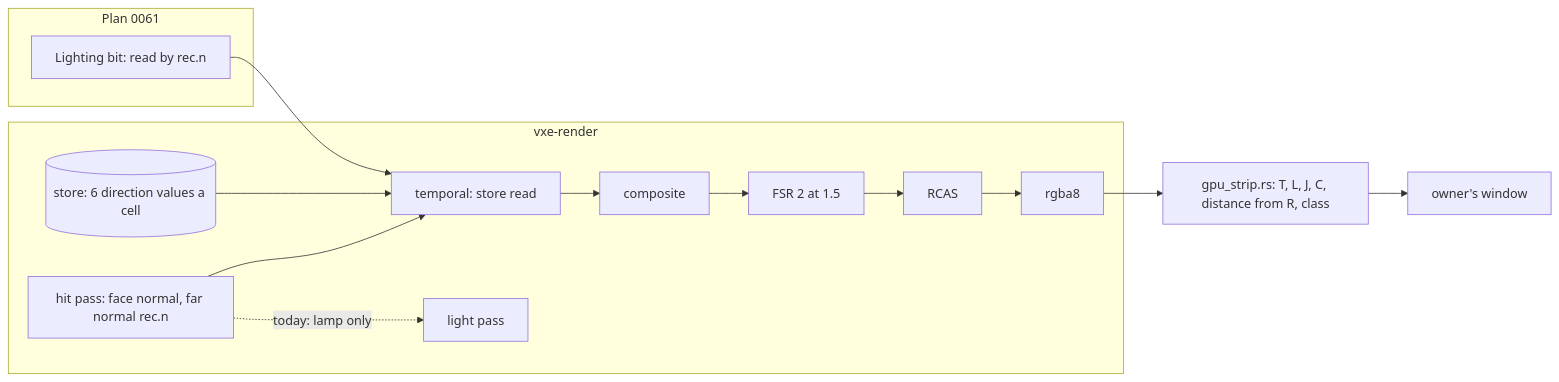
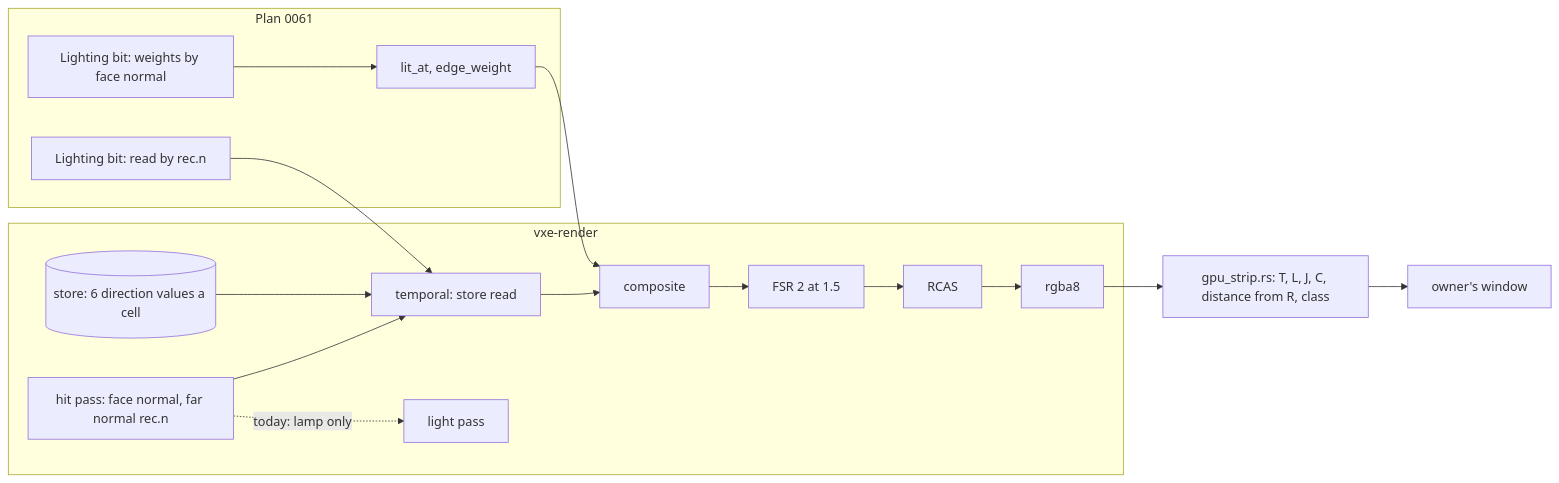
One commit to IgorKonovalov/voxel-engine changed the diagram in docs/plans/0061-antialiasing-far-bands-under-the-baked-light-and-the-edges-left.md. Above: the diagram before and after it, drawn with Mermaid. The commit also changed other lines of this file and 2 other files, not shown here.

First line of the commit message:
docs(plans): amend plan 0061 with the owner's pick, read + face weights

````diff
--- a/docs/plans/0061-antialiasing-far-bands-under-the-baked-light-and-the-edges-left.md
+++ b/docs/plans/0061-antialiasing-far-bands-under-the-baked-light-and-the-edges-left.md
@@ -186,14 +191,16 @@
 ```mermaid
 flowchart LR
     subgraph vxe-render
         H[hit pass: face normal, far normal rec.n] --> T[temporal: store read]
         St[(store: 6 direction values a cell)] --> T
         T --> C[composite] --> U[FSR 2 at 1.5] --> S[RCAS] --> O[rgba8]
         H -. today: lamp only .-> L[light pass]
     end
     subgraph Plan 0061
         K[Lighting bit: read by rec.n] --> T
+        K2[Lighting bit: weights by face normal] --> F[lit_at, edge_weight]
     end
+    F --> C
     O --> M[gpu_strip.rs: T, L, J, C, distance from R, class]
     M --> W[owner's window]
 ```
````
